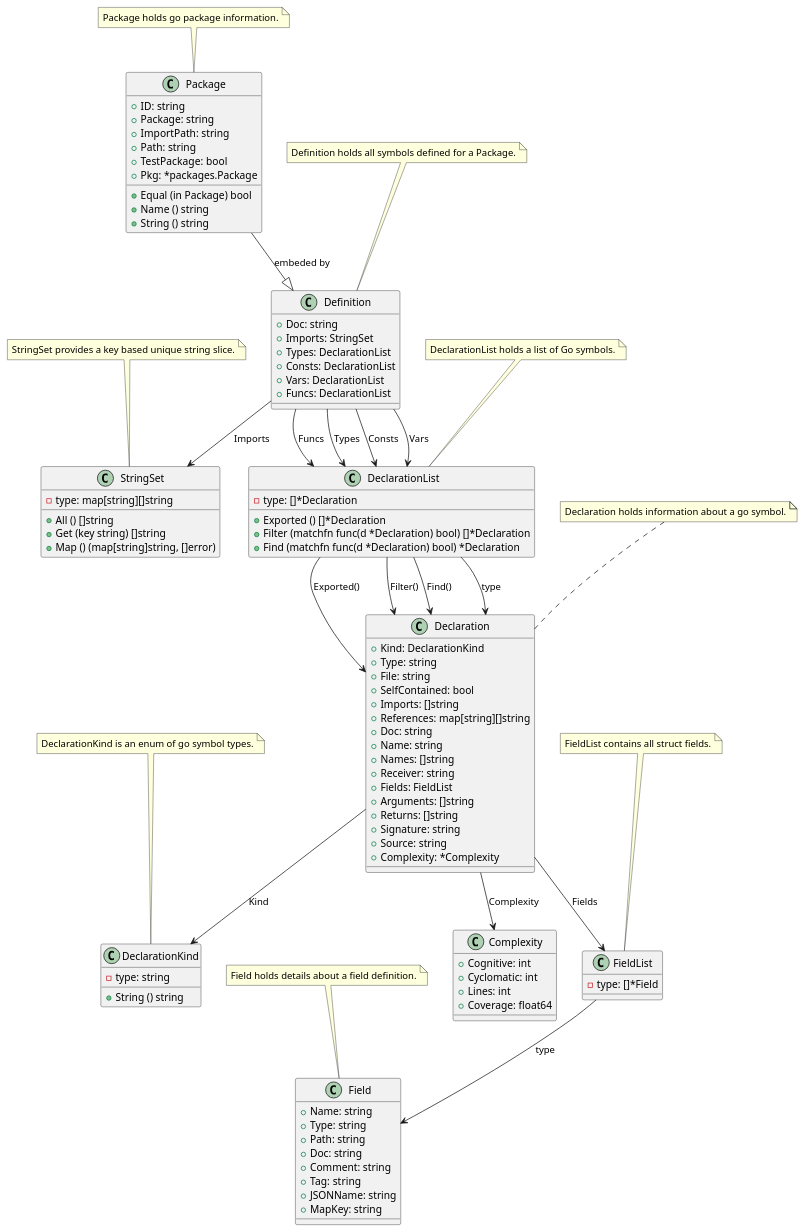
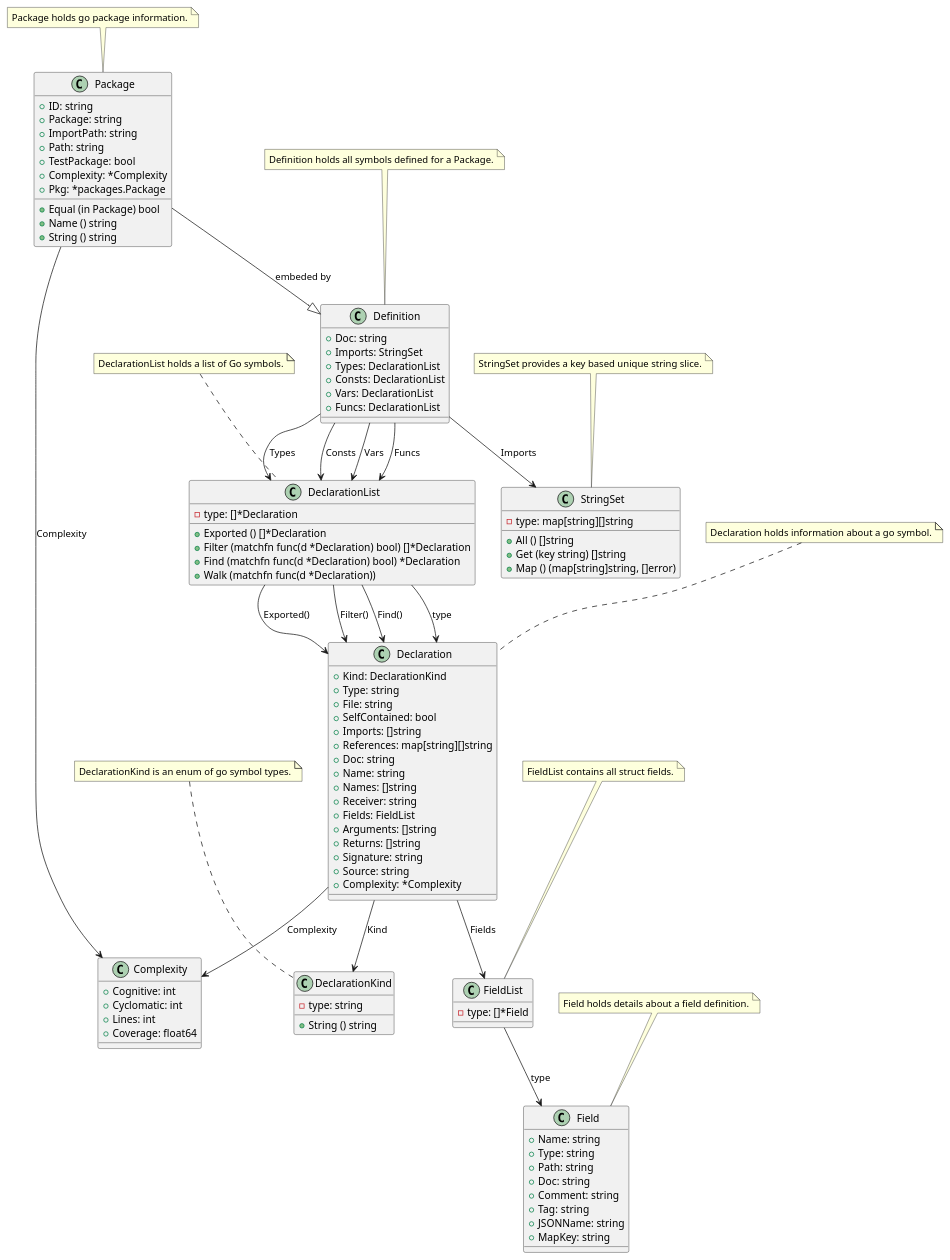
The diagram in cmd/go-fsck/model/restored/go-fsck.puml (titpetric/exp), drawn with PlantUML before and after one commit. The commit also changed 8 other files, not shown here.

Commit message:
cmd/go-fsck: Extend package with complexity, remove # from sorting, not git history friendly

```diff
--- a/cmd/go-fsck/model/restored/go-fsck.puml
+++ b/cmd/go-fsck/model/restored/go-fsck.puml
@@ -1,148 +1,151 @@
 @startuml
 
 class Complexity {
   + Cognitive: int
   + Cyclomatic: int
   + Lines: int
   + Coverage: float64
 }
 
 class Declaration {
   + Kind: DeclarationKind
   + Type: string
   + File: string
   + SelfContained: bool
   + Imports: []string
   + References: map[string][]string
   + Doc: string
   + Name: string
   + Names: []string
   + Receiver: string
   + Fields: FieldList
   + Arguments: []string
   + Returns: []string
   + Signature: string
   + Source: string
   + Complexity: *Complexity
 }
 
 class DeclarationKind {
   - type: string
   + String () string
 }
 
 class DeclarationList {
   - type: []*Declaration
   + Exported () []*Declaration
   + Filter (matchfn func(d *Declaration) bool) []*Declaration
   + Find (matchfn func(d *Declaration) bool) *Declaration
+  + Walk (matchfn func(d *Declaration))
 }
 
 class Definition {
   + Doc: string
   + Imports: StringSet
   + Types: DeclarationList
   + Consts: DeclarationList
   + Vars: DeclarationList
   + Funcs: DeclarationList
 }
 
 class Field {
   + Name: string
   + Type: string
   + Path: string
   + Doc: string
   + Comment: string
   + Tag: string
   + JSONName: string
   + MapKey: string
 }
 
 class FieldList {
   - type: []*Field
 }
 
 class Package {
   + ID: string
   + Package: string
   + ImportPath: string
   + Path: string
   + TestPackage: bool
+  + Complexity: *Complexity
   + Pkg: *packages.Package
   + Equal (in Package) bool
   + Name () string
   + String () string
 }
 
 class StringSet {
   - type: map[string][]string
   + All () []string
   + Get (key string) []string
   + Map () (map[string]string, []error)
 }
 
 
 Declaration --> DeclarationKind : Kind
 Declaration --> FieldList : Fields
 Declaration --> Complexity : Complexity
 
 note top of Declaration
 Declaration holds information about a go symbol.
 end note
 
 
 
 note top of DeclarationKind
 DeclarationKind is an enum of go symbol types.
 end note
 
 
 DeclarationList --> Declaration : type
 
 note top of DeclarationList
 DeclarationList holds a list of Go symbols.
 end note
 
 
 DeclarationList --> Declaration : Exported()
 DeclarationList --> Declaration : Filter()
 DeclarationList --> Declaration : Find()
 Package --|> Definition : embeded by
 Definition --> StringSet : Imports
 Definition --> DeclarationList : Types
 Definition --> DeclarationList : Consts
 Definition --> DeclarationList : Vars
 Definition --> DeclarationList : Funcs
 
 note top of Definition
 Definition holds all symbols defined for a Package.
 end note
 
 
 
 note top of Field
 Field holds details about a field definition.
 end note
 
 
 FieldList --> Field : type
 
 note top of FieldList
 FieldList contains all struct fields.
 end note
 
 
+Package --> Complexity : Complexity
 
 note top of Package
 Package holds go package information.
 end note
 
 
 
 note top of StringSet
 StringSet provides a key based unique string slice.
 end note
 
 
 
 @enduml
```
